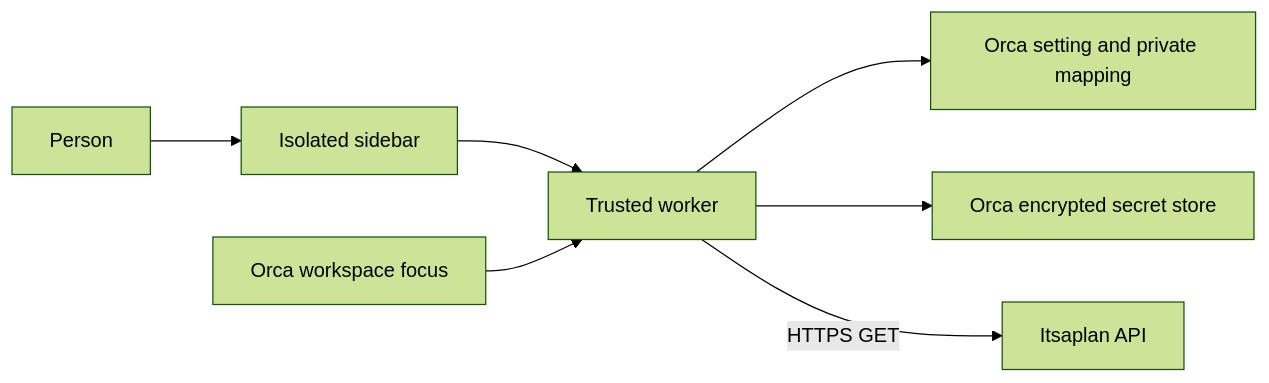
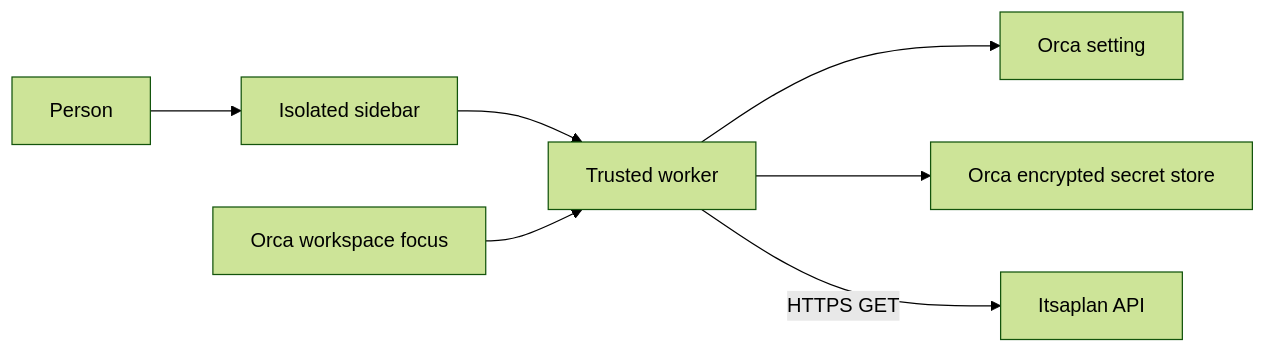
The first of 2 diagrams in openspec/changes/itsaplan-panel/design.md (sh1ny/orca-itsaplan), drawn with Mermaid (forest theme) before and after one commit. The commit also changed other lines of this file and 14 other files, not shown here.

````diff
--- a/openspec/changes/itsaplan-panel/design.md
+++ b/openspec/changes/itsaplan-panel/design.md
@@ -59,9 +59,9 @@
 ```mermaid
 flowchart LR
   Person --> Panel[Isolated sidebar]
   Panel --> Worker[Trusted worker]
-  Worker --> Settings[Orca setting and private mapping]
+  Worker --> Settings[Orca setting]
   Worker --> Secrets[Orca encrypted secret store]
   Worker -->|HTTPS GET| Plan[Itsaplan API]
   Context[Orca workspace focus] --> Worker
 ```
````
